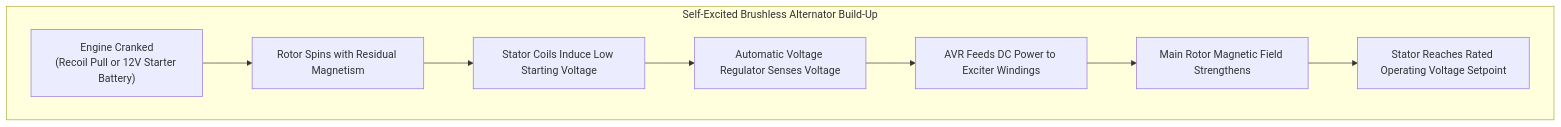
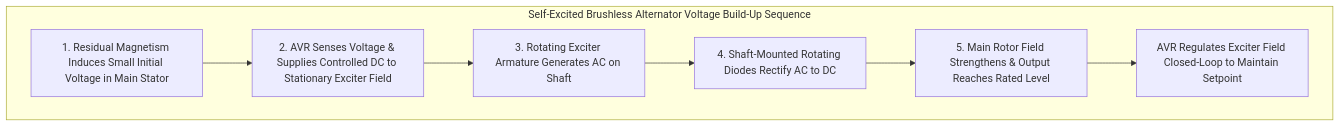
Before and after one commit to calcmypowerharis-app/kr: the fourth of 8 diagrams in content-drafts/how-does-a-generator-work.md, drawn with Mermaid. The commit also changed other lines of this file, not shown here.

Commit message:
docs(content): correct brushless excitation sequence and add Stamford-AvK citation

````diff
--- a/content-drafts/how-does-a-generator-work.md
+++ b/content-drafts/how-does-a-generator-work.md
@@ -166,11 +166,10 @@
 ```mermaid
 flowchart TD
-    subgraph BuildUp["Self-Excited Brushless Alternator Build-Up"]
-        A["Engine Cranked<br>(Recoil Pull or 12V Starter Battery)"] --> B["Rotor Spins with Residual Magnetism"]
-        B --> C["Stator Coils Induce Low Starting Voltage"]
-        C --> D["Automatic Voltage Regulator Senses Voltage"]
-        D --> E["AVR Feeds DC Power to Exciter Windings"]
-        E --> F["Main Rotor Magnetic Field Strengthens"]
-        F --> G["Stator Reaches Rated Operating Voltage Setpoint"]
+    subgraph BuildUp["Self-Excited Brushless Alternator Voltage Build-Up Sequence"]
+        A["1. Residual Magnetism Induces Small Initial Voltage in Main Stator"] --> B["2. AVR Senses Voltage & Supplies Controlled DC to Stationary Exciter Field"]
+        B --> C["3. Rotating Exciter Armature Generates AC on Shaft"]
+        C --> D["4. Shaft-Mounted Rotating Diodes Rectify AC to DC"]
+        D --> E["5. Main Rotor Field Strengthens & Output Reaches Rated Level"]
+        E --> F["AVR Regulates Exciter Field Closed-Loop to Maintain Setpoint"]
     end
 ```
````
